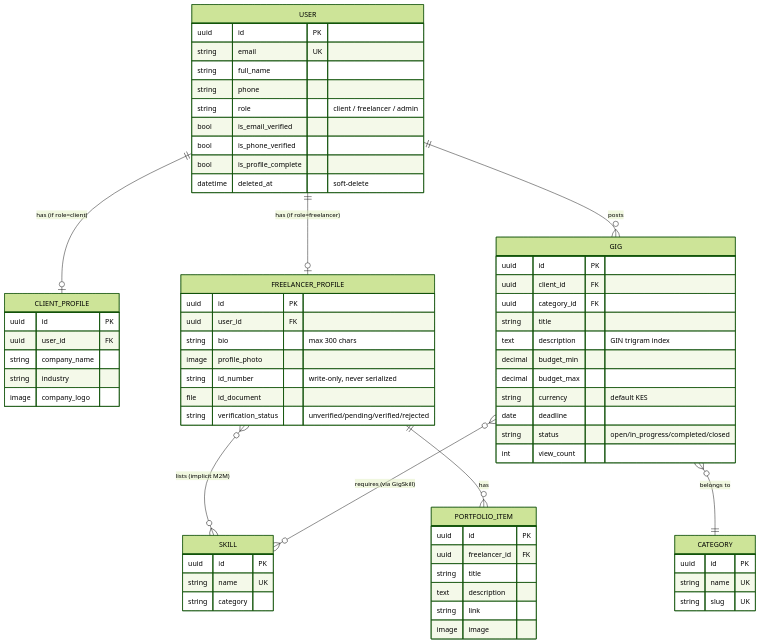
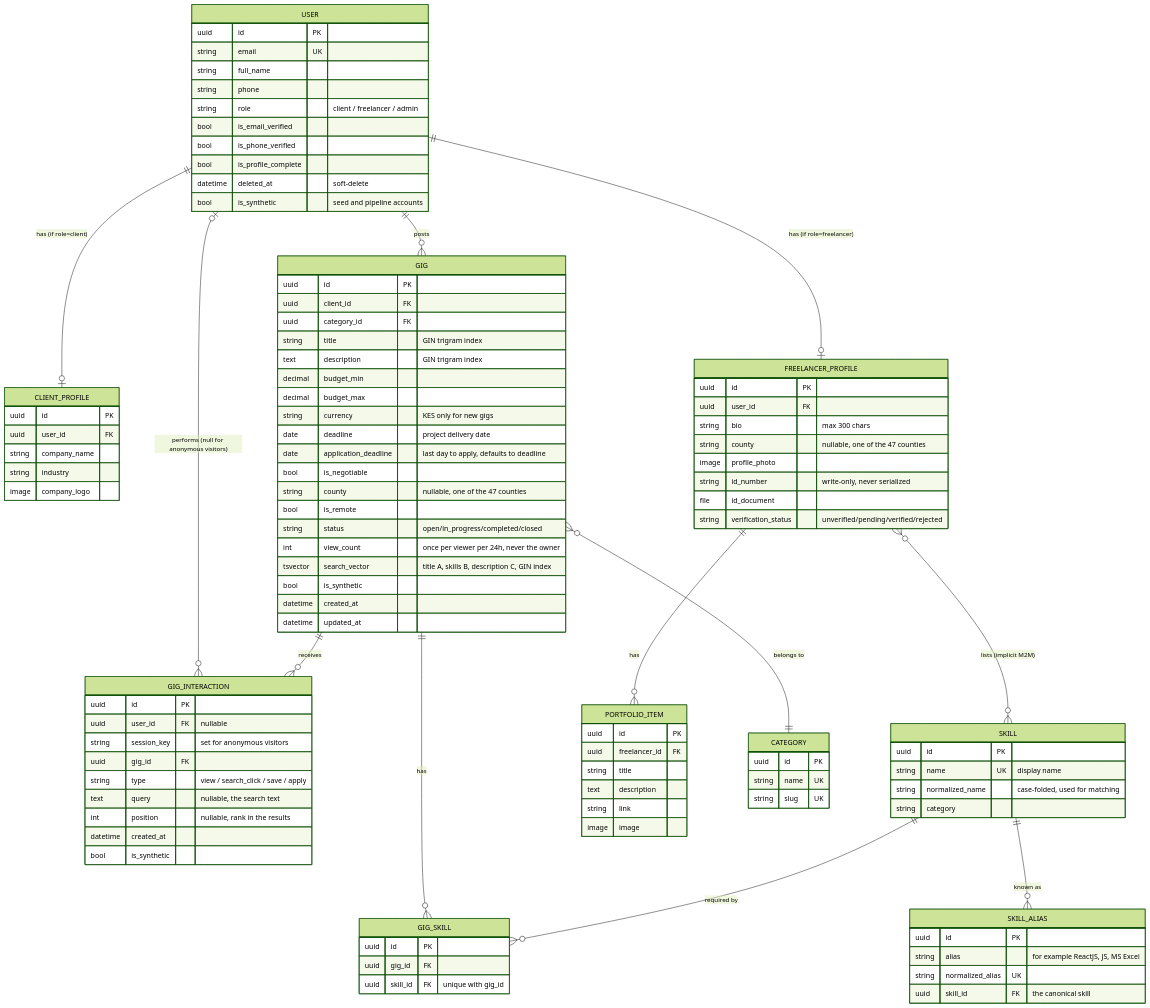
Before and after one commit to SIMPLICIOUSWACH/gigconnect: the diagram in docs/erd.md, drawn with Mermaid (forest theme). The commit also changed other lines of this file and 2 other files, not shown here.

Commit message:
docs: update the API reference and ERD, and add the Sprint 3 perf evidence
api-endpoints.md now covers everything added in Sprint 3.1: the county,
remote and skills_mode filters, typo tolerance, the interactions
endpoint, view counting, skill creation rules, the counties endpoint, and
the export and delete behaviour. erd.md adds county, is_remote,
is_synthetic, normalized_name, SkillAlias and GigInteraction. Both files
lose their em dashes.

docs/perf/sprint-3.md has EXPLAIN (ANALYZE, BUFFERS) output and p50/p95
latency for five query shapes at 10,000 and 50,000 gigs, before and after
the performance fixes, with the machine and method stated.

````diff
--- a/docs/erd.md
+++ b/docs/erd.md
@@ -9,10 +10,14 @@
     USER ||--o| CLIENT_PROFILE : "has (if role=client)"
     USER ||--o| FREELANCER_PROFILE : "has (if role=freelancer)"
     USER ||--o{ GIG : posts
+    USER |o--o{ GIG_INTERACTION : "performs (null for anonymous visitors)"
     FREELANCER_PROFILE }o--o{ SKILL : "lists (implicit M2M)"
     FREELANCER_PROFILE ||--o{ PORTFOLIO_ITEM : has
     GIG }o--|| CATEGORY : "belongs to"
-    GIG }o--o{ SKILL : "requires (via GigSkill)"
+    GIG ||--o{ GIG_SKILL : has
+    SKILL ||--o{ GIG_SKILL : "required by"
+    GIG ||--o{ GIG_INTERACTION : receives
+    SKILL ||--o{ SKILL_ALIAS : "known as"
 
     USER {
         uuid id PK
@@ -24,6 +29,7 @@
         bool is_phone_verified
         bool is_profile_complete
         datetime deleted_at "soft-delete"
+        bool is_synthetic "seed and pipeline accounts"
     }
 
     CLIENT_PROFILE {
@@ -38,6 +44,7 @@
         uuid id PK
         uuid user_id FK
         string bio "max 300 chars"
+        string county "nullable, one of the 47 counties"
         image profile_photo
         string id_number "write-only, never serialized"
         file id_document
@@ -46,8 +53,16 @@
 
     SKILL {
         uuid id PK
-        string name UK
+        string name UK "display name"
+        string normalized_name "case-folded, used for matching"
         string category
+    }
+
+    SKILL_ALIAS {
+        uuid id PK
+        string alias "for example ReactJS, JS, MS Excel"
+        string normalized_alias UK
+        uuid skill_id FK "the canonical skill"
     }
 
     PORTFOLIO_ITEM {
@@ -69,13 +84,39 @@
         uuid id PK
         uuid client_id FK
         uuid category_id FK
-        string title
+        string title "GIN trigram index"
         text description "GIN trigram index"
         decimal budget_min
         decimal budget_max
-        string currency "default KES"
-        date deadline
+        string currency "KES only for new gigs"
+        date deadline "project delivery date"
+        date application_deadline "last day to apply, defaults to deadline"
+        bool is_negotiable
+        string county "nullable, one of the 47 counties"
+        bool is_remote
         string status "open/in_progress/completed/closed"
-        int view_count
+        int view_count "once per viewer per 24h, never the owner"
+        tsvector search_vector "title A, skills B, description C, GIN index"
+        bool is_synthetic
+        datetime created_at
+        datetime updated_at
+    }
+
+    GIG_SKILL {
+        uuid id PK
+        uuid gig_id FK
+        uuid skill_id FK "unique with gig_id"
+    }
+
+    GIG_INTERACTION {
+        uuid id PK
+        uuid user_id FK "nullable"
+        string session_key "set for anonymous visitors"
+        uuid gig_id FK
+        string type "view / search_click / save / apply"
+        text query "nullable, the search text"
+        int position "nullable, rank in the results"
+        datetime created_at
+        bool is_synthetic
     }
 ```
````
